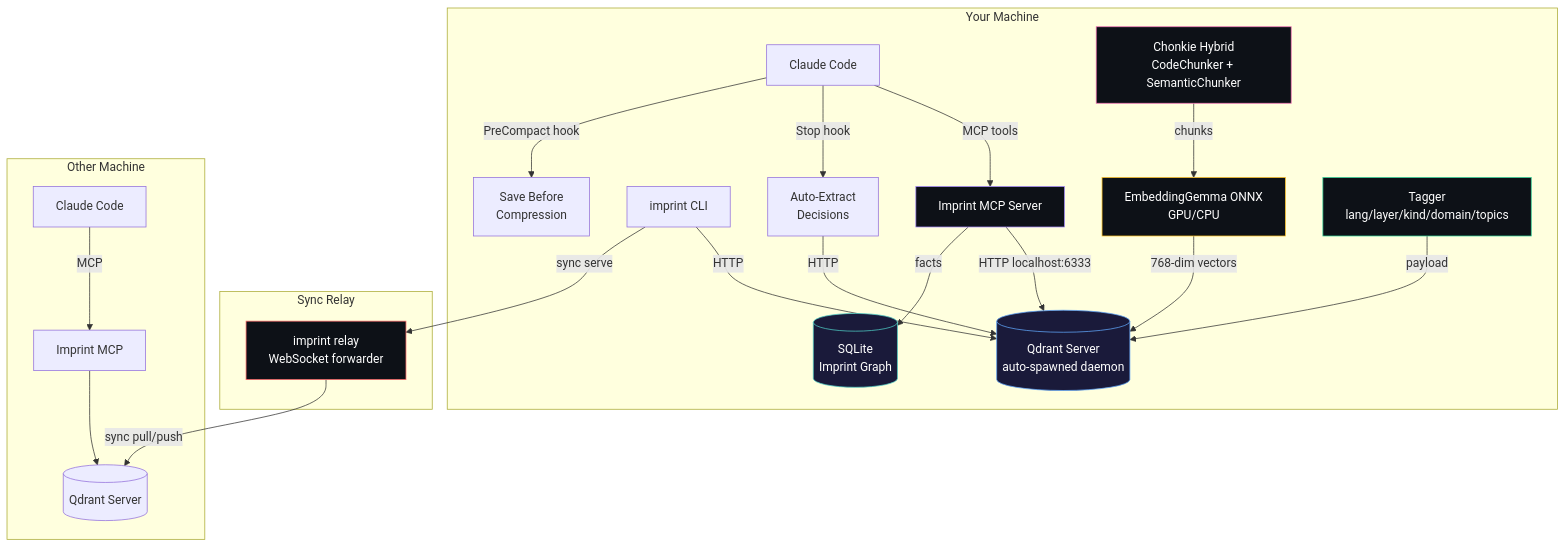
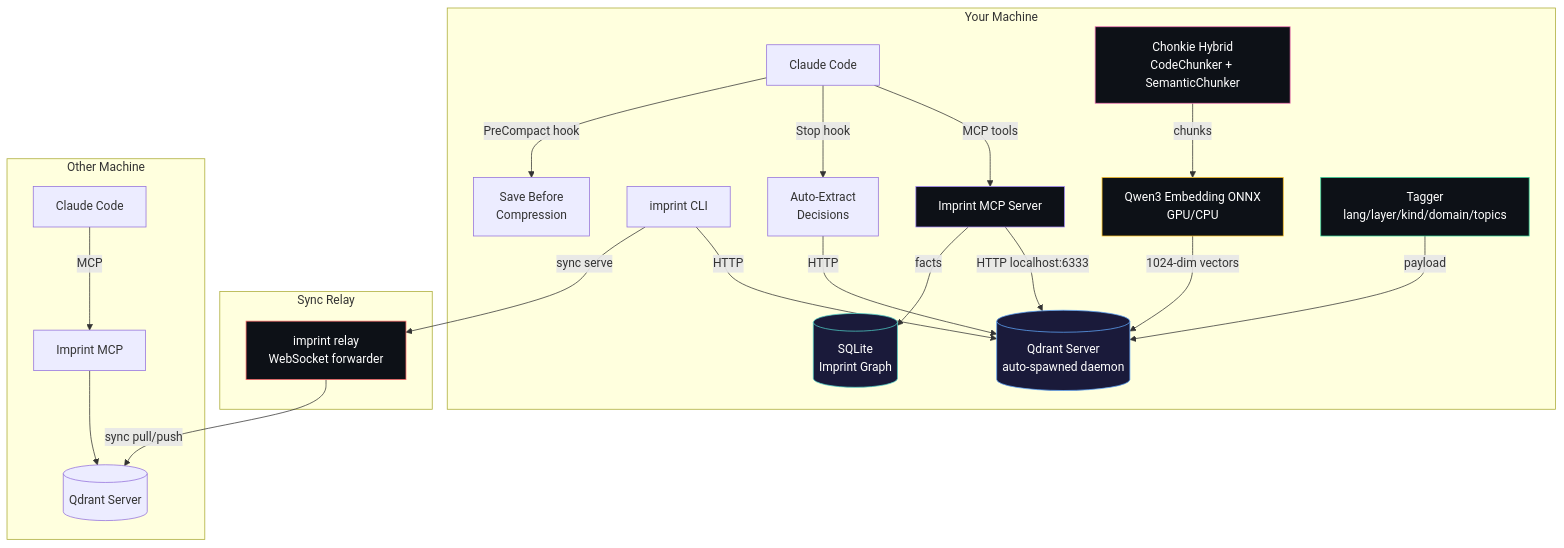
Before and after one commit to alexandruleca/imprint-memory-layer: the diagram in README.md, drawn with Mermaid. The commit also changed other lines of this file and 43 other files, not shown here.

````diff
--- a/README.md
+++ b/README.md
@@ -51,35 +51,35 @@
 ```mermaid
 graph TB
     subgraph "Your Machine"
         CC[Claude Code] -->|MCP tools| MCP[Imprint MCP Server]
         MCP -->|HTTP localhost:6333| QDB[(Qdrant Server<br/>auto-spawned daemon)]
         MCP -->|facts| KG[(SQLite<br/>Imprint Graph)]
         CLI[imprint CLI] -->|HTTP| QDB
         CC -->|Stop hook| EXT[Auto-Extract<br/>Decisions]
         CC -->|PreCompact hook| SAVE[Save Before<br/>Compression]
         EXT -->|HTTP| QDB
-        EMB[EmbeddingGemma ONNX<br/>GPU/CPU] -->|768-dim vectors| QDB
+        EMB[Qwen3 Embedding ONNX<br/>GPU/CPU] -->|1024-dim vectors| QDB
         TAG[Tagger<br/>lang/layer/kind/domain/topics] -->|payload| QDB
         CHK[Chonkie Hybrid<br/>CodeChunker + SemanticChunker] -->|chunks| EMB
     end
 
     subgraph "Sync Relay"
         RELAY[imprint relay<br/>WebSocket forwarder]
     end
 
     subgraph "Other Machine"
         CC2[Claude Code] -->|MCP| MCP2[Imprint MCP]
         MCP2 --> QDB2[(Qdrant Server)]
     end
 
     CLI -->|sync serve| RELAY
     RELAY -->|sync pull/push| QDB2
 
     style QDB fill:#1a1a3a,stroke:#60a5fa,color:#fff
     style KG fill:#1a1a3a,stroke:#4ecdc4,color:#fff
     style MCP fill:#0d1117,stroke:#a78bfa,color:#fff
     style RELAY fill:#0d1117,stroke:#ff6b6b,color:#fff
     style EMB fill:#0d1117,stroke:#fbbf24,color:#fff
     style TAG fill:#0d1117,stroke:#34d399,color:#fff
     style CHK fill:#0d1117,stroke:#f472b6,color:#fff
 ```
````
